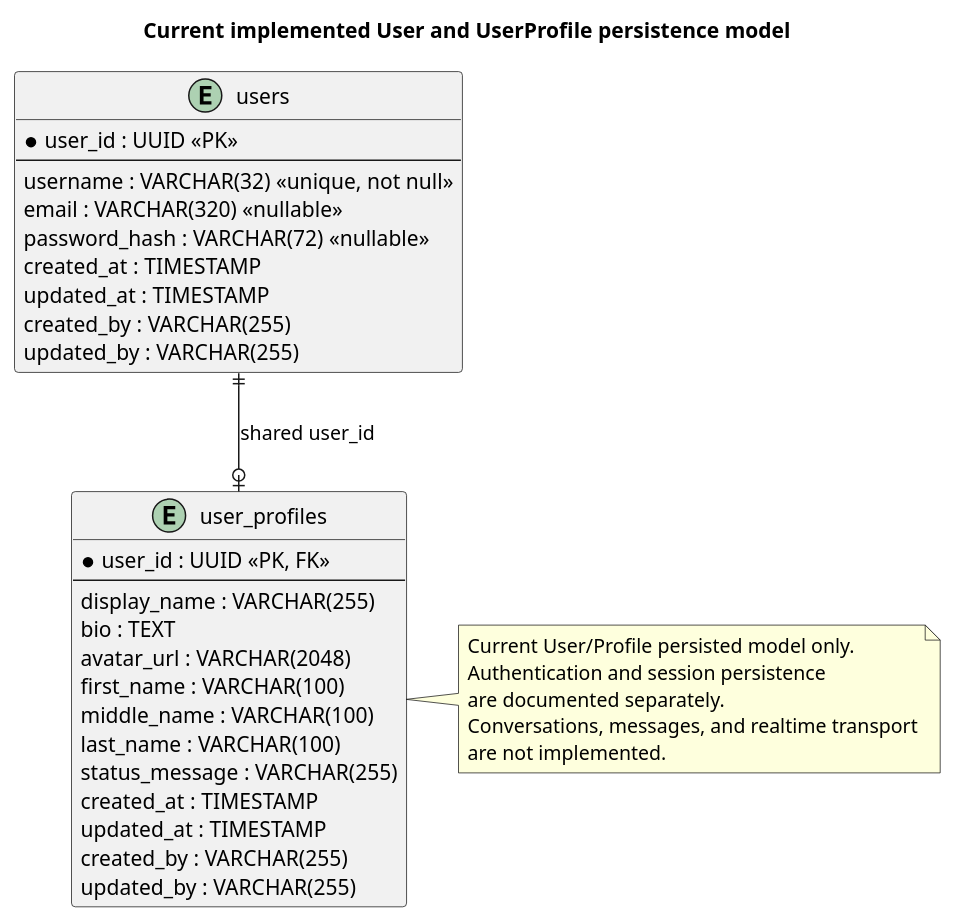
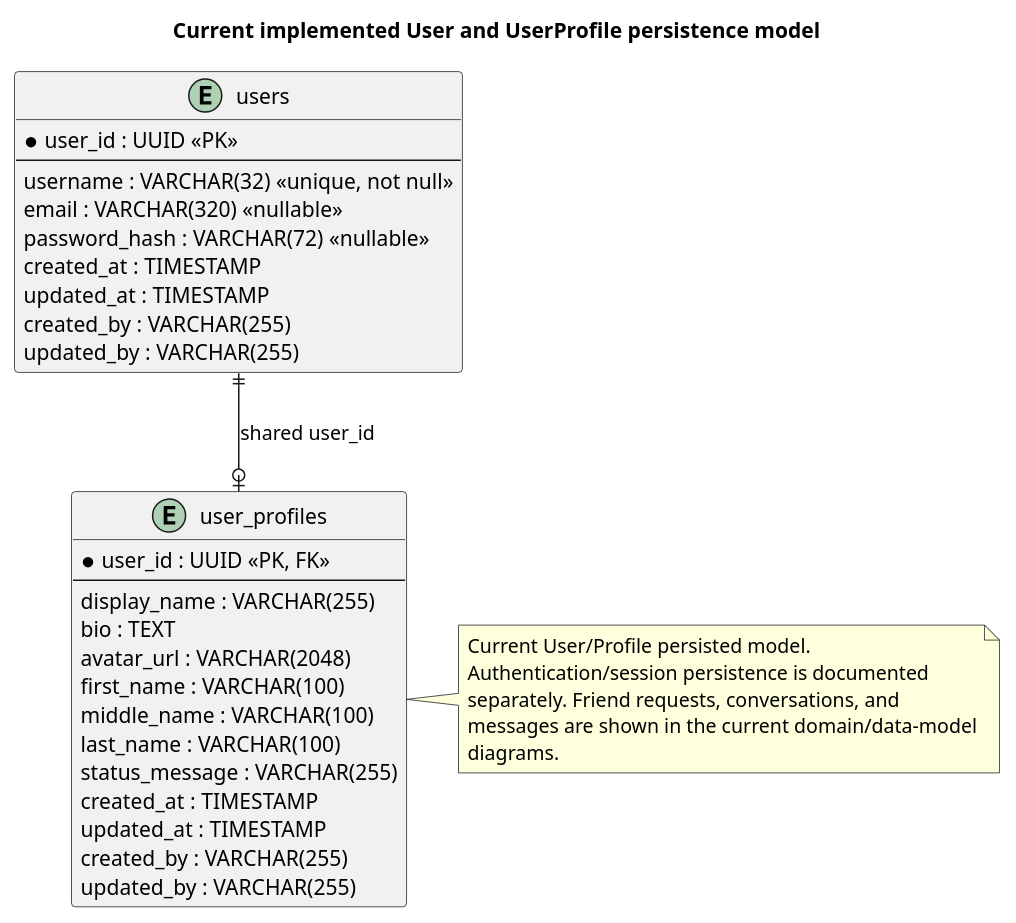
Before and after one commit to animesh0404/samvaad-server: the diagram in docs/architecture/diagrams/current-user-profile.puml, drawn with PlantUML. The commit also changed 5 other files, not shown here.

Commit message:
docs: add current architecture diagrams

```diff
--- a/docs/architecture/diagrams/current-user-profile.puml
+++ b/docs/architecture/diagrams/current-user-profile.puml
@@ -1,40 +1,41 @@
 @startuml
 title Current implemented User and UserProfile persistence model
 
 entity users {
   * user_id : UUID <<PK>>
   --
   username : VARCHAR(32) <<unique, not null>>
   email : VARCHAR(320) <<nullable>>
   password_hash : VARCHAR(72) <<nullable>>
   created_at : TIMESTAMP
   updated_at : TIMESTAMP
   created_by : VARCHAR(255)
   updated_by : VARCHAR(255)
 }
 
 entity user_profiles {
   * user_id : UUID <<PK, FK>>
   --
   display_name : VARCHAR(255)
   bio : TEXT
   avatar_url : VARCHAR(2048)
   first_name : VARCHAR(100)
   middle_name : VARCHAR(100)
   last_name : VARCHAR(100)
   status_message : VARCHAR(255)
   created_at : TIMESTAMP
   updated_at : TIMESTAMP
   created_by : VARCHAR(255)
   updated_by : VARCHAR(255)
 }
 
 users ||--o| user_profiles : shared user_id
+
 note right of user_profiles
-Current User/Profile persisted model only.
-Authentication and session persistence
-are documented separately.
-Conversations, messages, and realtime transport
-are not implemented.
+Current User/Profile persisted model.
+Authentication/session persistence is documented
+separately. Friend requests, conversations, and
+messages are shown in the current domain/data-model
+diagrams.
 end note
 @enduml
```
